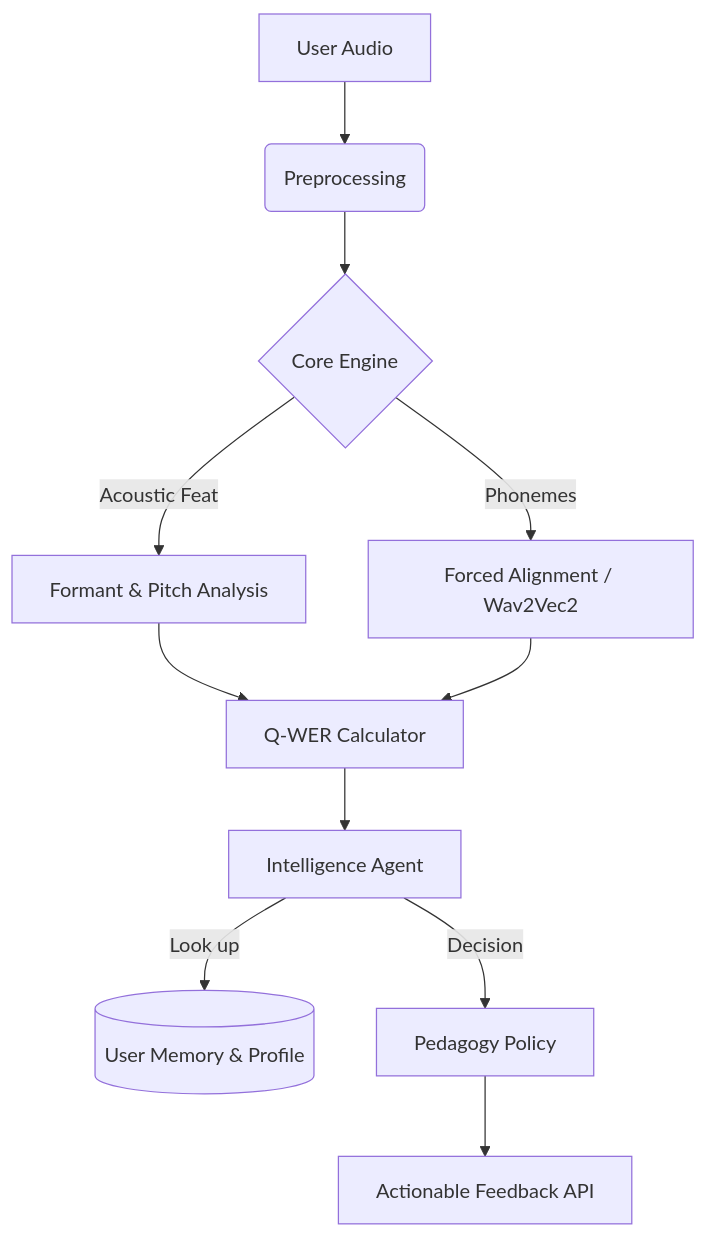
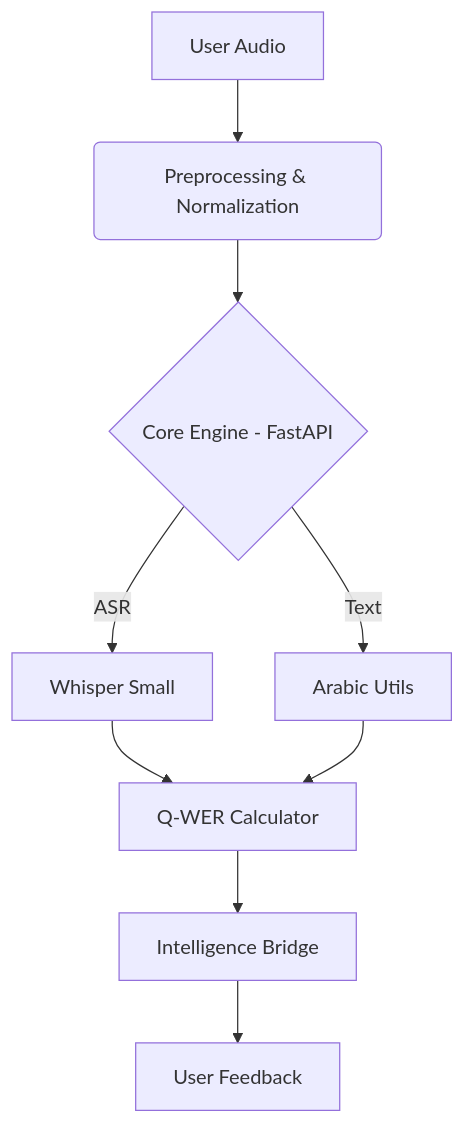
Before and after one commit to thisisniagahub/quran-agent: the diagram in README.md, drawn with Mermaid. The commit also changed other lines of this file and 26 other files, not shown here.

````diff
--- a/README.md
+++ b/README.md
@@ -29,15 +29,12 @@
 ```mermaid
 graph TD
-    A[User Audio] --> B(Preprocessing)
-    B --> C{Core Engine}
-    C -->|Acoustic Feat| D[Formant & Pitch Analysis]
-    C -->|Phonemes| E[Forced Alignment / Wav2Vec2]
+    A[User Audio] --> B(Preprocessing & Normalization)
+    B --> C{Core Engine - FastAPI}
+    C -->|ASR| D[Whisper Small]
+    C -->|Text| E[Arabic Utils]
     
     D & E --> F[Q-WER Calculator]
-    F --> G[Intelligence Agent]
-    G -->|Look up| H[(User Memory & Profile)]
-    G -->|Decision| I[Pedagogy Policy]
-    
-    I --> J[Actionable Feedback API]
+    F --> G[Intelligence Bridge]
+    G --> H[User Feedback]
 
 ```
````
